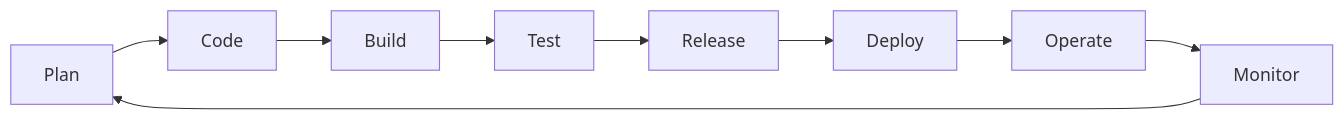
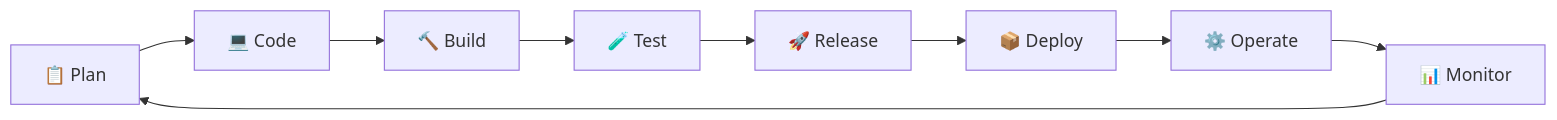
The diagram in README.md (Shivprasad-Suryakar/Shivprasad-Suryakar), drawn with Mermaid before and after one commit. The commit also changed other lines of this file, not shown here.

Commit message:
Enhance DevOps lifecycle diagram in README
Updated DevOps lifecycle diagram with emoji for clarity.

````diff
--- a/README.md
+++ b/README.md
@@ -86,11 +86,11 @@
 ```mermaid
 flowchart LR
-    A["Plan"] --> B["Code"]
-    B --> C["Build"]
-    C --> D["Test"]
-    D --> E["Release"]
-    E --> F["Deploy"]
-    F --> G["Operate"]
-    G --> H["Monitor"]
-    H --> A
+    Plan["📋 Plan"] --> Code["💻 Code"]
+    Code --> Build["🔨 Build"]
+    Build --> Test["🧪 Test"]
+    Test --> Release["🚀 Release"]
+    Release --> Deploy["📦 Deploy"]
+    Deploy --> Operate["⚙️ Operate"]
+    Operate --> Monitor["📊 Monitor"]
+    Monitor --> Plan
 ```
````
